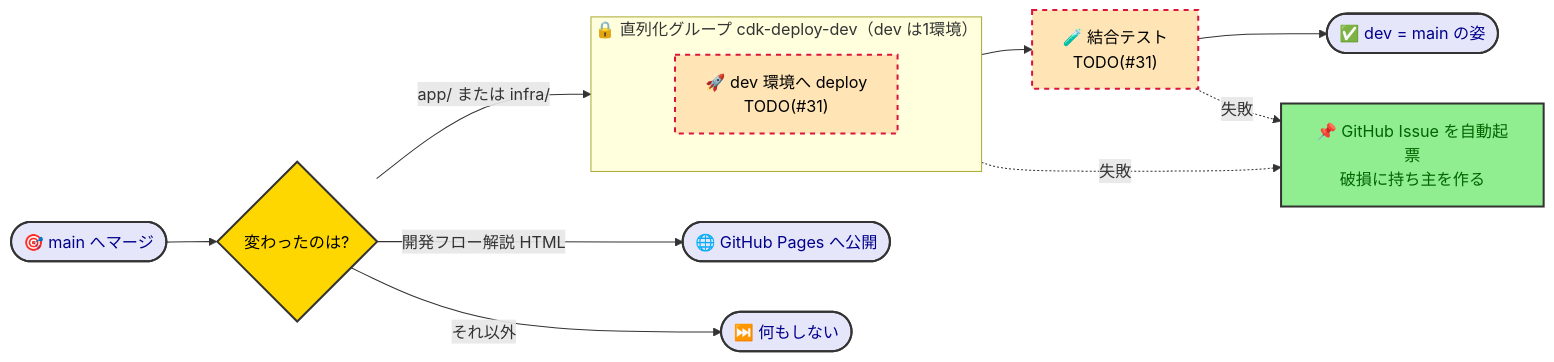
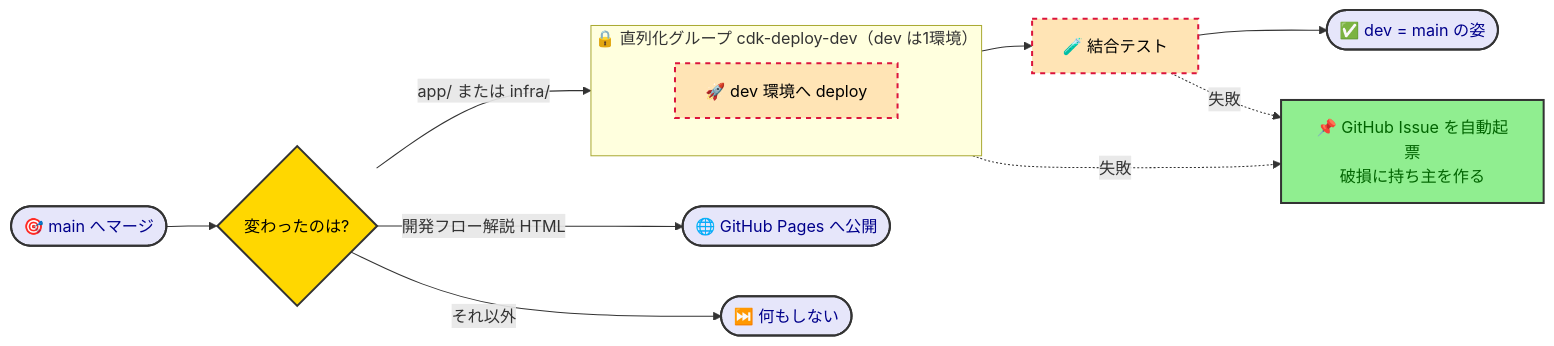
Before and after one commit to kasiopeiya/claude-dev-template: the third of 3 diagrams in docs/design/cicd-design.md, drawn with Mermaid. The commit also changed other lines of this file and 1 other file, not shown here.

````diff
--- a/docs/design/cicd-design.md
+++ b/docs/design/cicd-design.md
@@ -79,27 +106,27 @@
 ```mermaid
 flowchart LR
     Merged([🎯 main へマージ]) --> PathCheck{変わったのは?}
     PathCheck -->|app/ または infra/| Deploy
     PathCheck -->|開発フロー解説 HTML| Pages(["🌐 GitHub Pages へ公開"])
     PathCheck -->|それ以外| Skip([⏭️ 何もしない])
 
     subgraph Serial["🔒 直列化グループ cdk-deploy-dev（dev は1環境）"]
         direction TB
-        Deploy["🚀 dev 環境へ deploy<br/>TODO(#31)"]
+        Deploy["🚀 dev 環境へ deploy"]
     end
 
-    Deploy --> IT["🧪 結合テスト<br/>TODO(#31)"]
+    Deploy --> IT["🧪 結合テスト"]
     IT --> Done([✅ dev = main の姿])
     Deploy -. 失敗 .-> Issue
     IT -. 失敗 .-> Issue["📌 GitHub Issue を自動起票<br/>破損に持ち主を作る"]
 
     classDef startEnd fill:#E6E6FA,stroke:#333,stroke-width:2px,color:darkblue
     classDef process fill:#90EE90,stroke:#333,stroke-width:2px,color:darkgreen
     classDef decision fill:#FFD700,stroke:#333,stroke-width:2px,color:black
     classDef hollow fill:#FFE4B5,stroke:#DC143C,stroke-width:2px,stroke-dasharray: 5 5,color:black
 
     class Merged,Skip,Done,Pages startEnd
-    class Issue,Destroy process
+    class Issue process
     class PathCheck decision
     class Deploy,IT hollow
 ```
````
